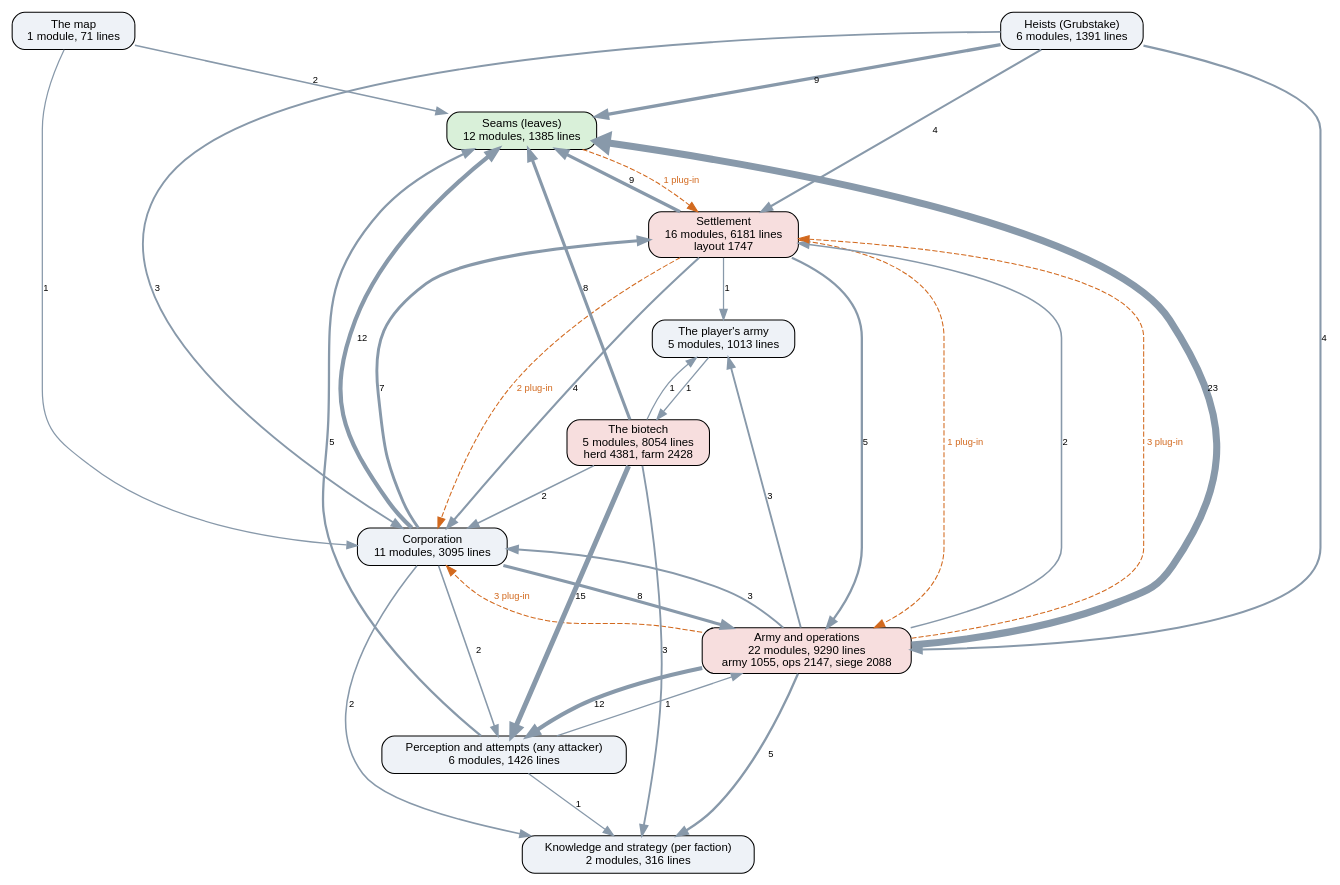
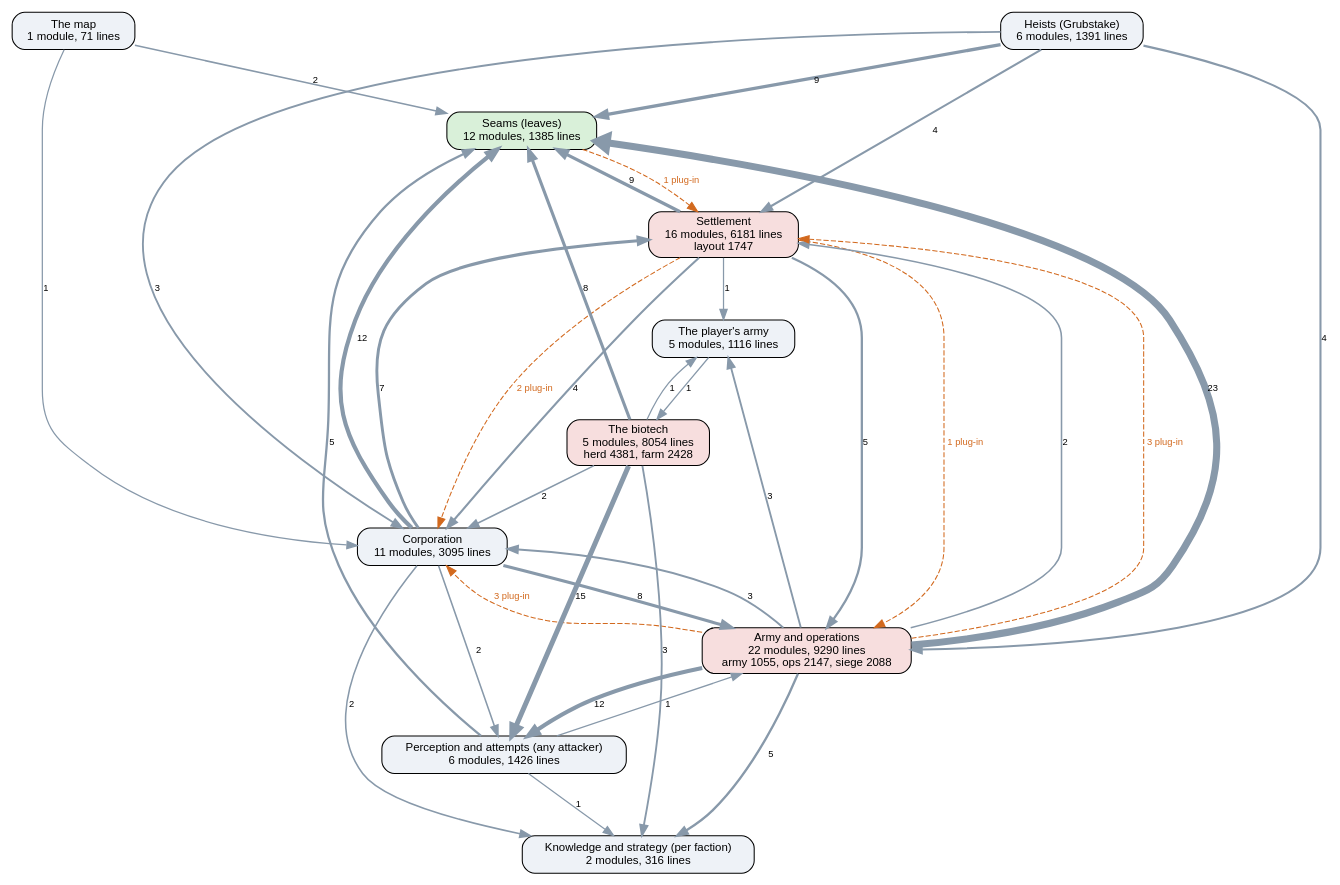
Before and after one commit to kinelhu/landing-party: the diagram in docs/ai-layers.dot, drawn with Graphviz. The commit also changed 17 other files, not shown here.

```diff
--- a/docs/ai-layers.dot
+++ b/docs/ai-layers.dot
@@ -1,50 +1,50 @@
 digraph layers {
   graph [rankdir=TB, fontname="Helvetica", nodesep=0.5, ranksep=0.7];
   node [shape=box, style="rounded,filled", fontname="Helvetica", fontsize=11, fillcolor="#eef2f7"];
   edge [color="#8899aa", fontname="Helvetica", fontsize=9];
   "Seams (leaves)" [label="Seams (leaves)\n12 modules, 1385 lines", fillcolor="#d9f0d9"];
   "Perception and attempts (any attacker)" [label="Perception and attempts (any attacker)\n6 modules, 1426 lines", fillcolor="#eef2f7"];
   "Knowledge and strategy (per faction)" [label="Knowledge and strategy (per faction)\n2 modules, 316 lines", fillcolor="#eef2f7"];
   "Corporation" [label="Corporation\n11 modules, 3095 lines", fillcolor="#eef2f7"];
   "Settlement" [label="Settlement\n16 modules, 6181 lines\nlayout 1747", fillcolor="#f7dede"];
   "Army and operations" [label="Army and operations\n22 modules, 9290 lines\narmy 1055, ops 2147, siege 2088", fillcolor="#f7dede"];
   "Heists (Grubstake)" [label="Heists (Grubstake)\n6 modules, 1391 lines", fillcolor="#eef2f7"];
   "The biotech" [label="The biotech\n5 modules, 8054 lines\nherd 4381, farm 2428", fillcolor="#f7dede"];
   "The map" [label="The map\n1 module, 71 lines", fillcolor="#eef2f7"];
-  "The player's army" [label="The player's army\n5 modules, 1013 lines", fillcolor="#eef2f7"];
+  "The player's army" [label="The player's army\n5 modules, 1116 lines", fillcolor="#eef2f7"];
   "Army and operations" -> "Corporation" [label="3", penwidth=1.8];
   "Army and operations" -> "Knowledge and strategy (per faction)" [label="5", penwidth=2.2];
   "Army and operations" -> "Perception and attempts (any attacker)" [label="12", penwidth=4.0];
   "Army and operations" -> "Seams (leaves)" [label="23", penwidth=6.8];
   "Army and operations" -> "Settlement" [label="2", penwidth=1.5];
   "Army and operations" -> "The player's army" [label="3", penwidth=1.8];
   "Corporation" -> "Army and operations" [label="8", penwidth=3.0];
   "Corporation" -> "Knowledge and strategy (per faction)" [label="2", penwidth=1.5];
   "Corporation" -> "Perception and attempts (any attacker)" [label="2", penwidth=1.5];
   "Corporation" -> "Seams (leaves)" [label="12", penwidth=4.0];
   "Corporation" -> "Settlement" [label="7", penwidth=2.8];
   "Heists (Grubstake)" -> "Army and operations" [label="4", penwidth=2.0];
   "Heists (Grubstake)" -> "Corporation" [label="3", penwidth=1.8];
   "Heists (Grubstake)" -> "Seams (leaves)" [label="9", penwidth=3.2];
   "Heists (Grubstake)" -> "Settlement" [label="4", penwidth=2.0];
   "Perception and attempts (any attacker)" -> "Army and operations" [label="1", penwidth=1.2];
   "Perception and attempts (any attacker)" -> "Knowledge and strategy (per faction)" [label="1", penwidth=1.2];
   "Perception and attempts (any attacker)" -> "Seams (leaves)" [label="5", penwidth=2.2];
   "Settlement" -> "Army and operations" [label="5", penwidth=2.2];
   "Settlement" -> "Corporation" [label="4", penwidth=2.0];
   "Settlement" -> "Seams (leaves)" [label="9", penwidth=3.2];
   "Settlement" -> "The player's army" [label="1", penwidth=1.2];
   "The biotech" -> "Corporation" [label="2", penwidth=1.5];
   "The biotech" -> "Knowledge and strategy (per faction)" [label="3", penwidth=1.8];
   "The biotech" -> "Perception and attempts (any attacker)" [label="15", penwidth=4.8];
   "The biotech" -> "Seams (leaves)" [label="8", penwidth=3.0];
   "The biotech" -> "The player's army" [label="1", penwidth=1.2];
   "The map" -> "Corporation" [label="1", penwidth=1.2];
   "The map" -> "Seams (leaves)" [label="2", penwidth=1.5];
   "The player's army" -> "The biotech" [label="1", penwidth=1.2];
   "Army and operations" -> "Corporation" [style=dashed, color="#d2691e", fontcolor="#d2691e", label="3 plug-in"];
   "Army and operations" -> "Settlement" [style=dashed, color="#d2691e", fontcolor="#d2691e", label="3 plug-in"];
   "Seams (leaves)" -> "Settlement" [style=dashed, color="#d2691e", fontcolor="#d2691e", label="1 plug-in"];
   "Settlement" -> "Army and operations" [style=dashed, color="#d2691e", fontcolor="#d2691e", label="1 plug-in"];
   "Settlement" -> "Corporation" [style=dashed, color="#d2691e", fontcolor="#d2691e", label="2 plug-in"];
 }
```
